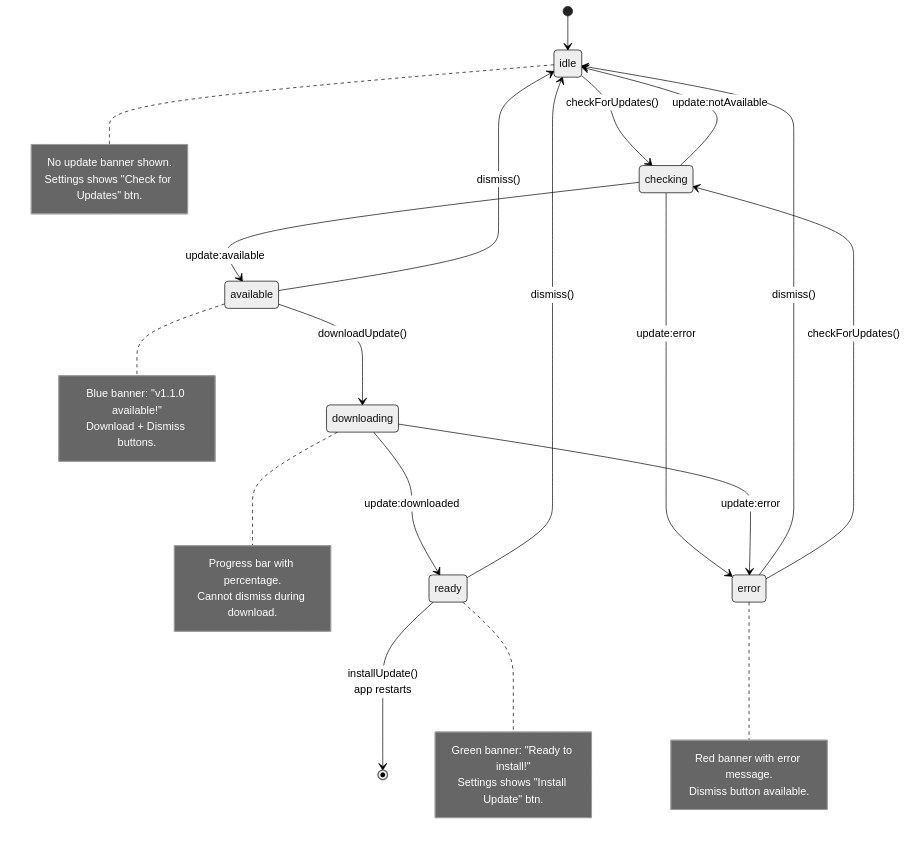
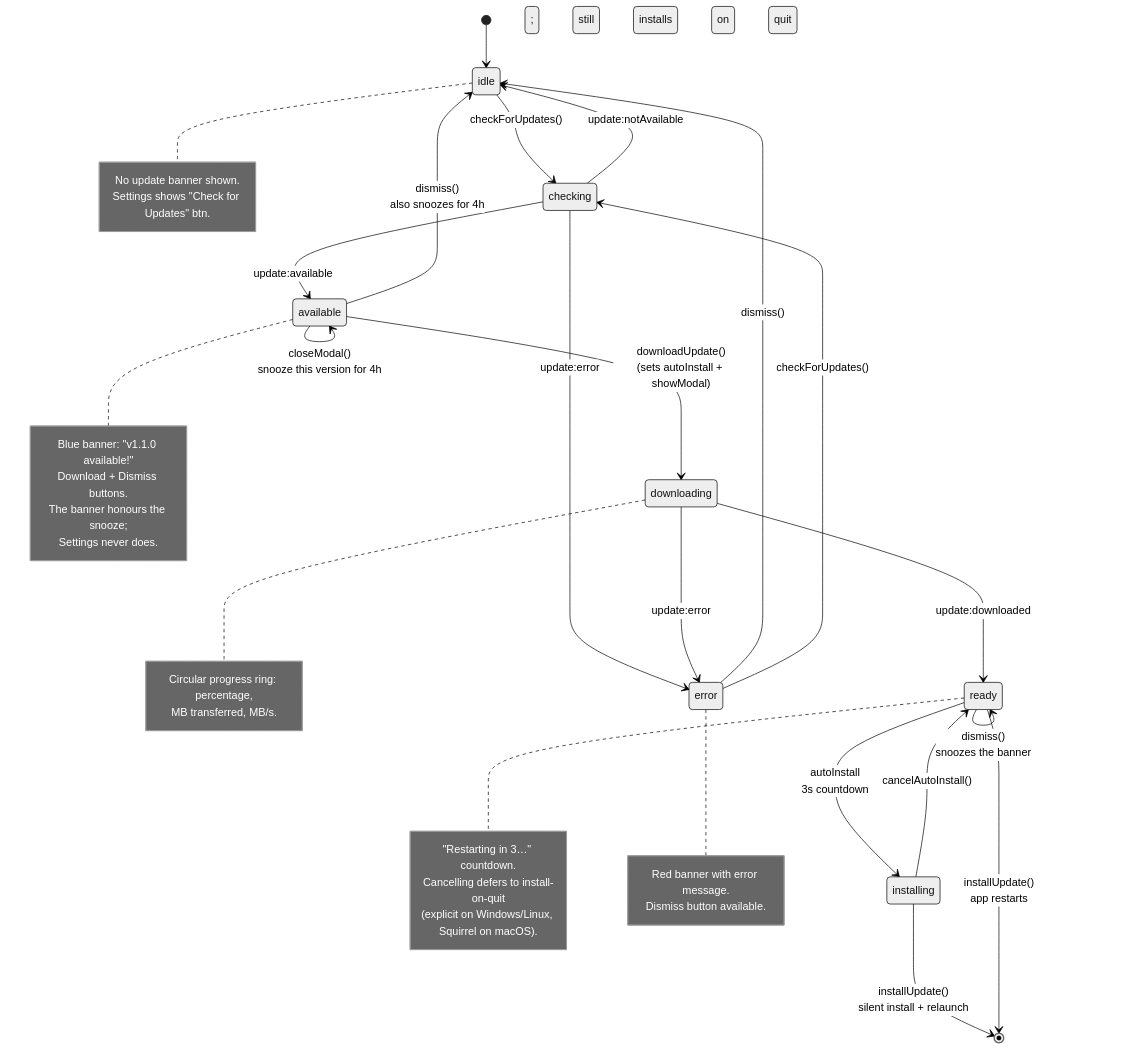
One commit to unosquare-eduardotorres/CodeAtelier changed the second of 4 diagrams in docs/auto-update-flow.md. Above: the diagram before and after it, drawn with Mermaid (neutral theme). The commit also changed other lines of this file and 108 other files, not shown here.

````diff
--- a/docs/auto-update-flow.md
+++ b/docs/auto-update-flow.md
@@ -90,47 +115,55 @@
 ```mermaid
 stateDiagram-v2
     [*] --> idle
 
     idle --> checking : checkForUpdates()
 
     checking --> available : update:available
     checking --> idle : update:notAvailable
     checking --> error : update:error
 
-    available --> downloading : downloadUpdate()
-    available --> idle : dismiss()
+    available --> downloading : downloadUpdate()<br/>(sets autoInstall + showModal)
+    available --> available : closeModal()<br/>snooze this version for 4h
+    available --> idle : dismiss()<br/>also snoozes for 4h
 
     downloading --> ready : update:downloaded
     downloading --> error : update:error
 
-    ready --> idle : dismiss()
+    ready --> installing : autoInstall<br/>3s countdown
+    installing --> [*] : installUpdate()<br/>silent install + relaunch
+    installing --> ready : cancelAutoInstall()
+
+    ready --> ready : dismiss()<br/>snoozes the banner; still installs on quit
     ready --> [*] : installUpdate()<br/>app restarts
 
     error --> idle : dismiss()
     error --> checking : checkForUpdates()
 
     note right of idle
         No update banner shown.
         Settings shows "Check for Updates" btn.
     end note
 
     note right of available
         Blue banner: "v1.1.0 available!"
         Download + Dismiss buttons.
+        The banner honours the snooze;
+        Settings never does.
     end note
 
     note right of downloading
-        Progress bar with percentage.
-        Cannot dismiss during download.
+        Circular progress ring: percentage,
+        MB transferred, MB/s.
     end note
 
     note right of ready
-        Green banner: "Ready to install!"
-        Settings shows "Install Update" btn.
+        "Restarting in 3…" countdown.
+        Cancelling defers to install-on-quit
+        (explicit on Windows/Linux, Squirrel on macOS).
     end note
 
     note right of error
         Red banner with error message.
         Dismiss button available.
     end note
 ```
````
